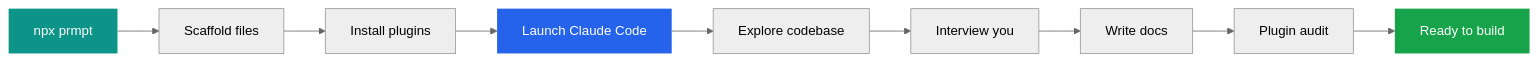
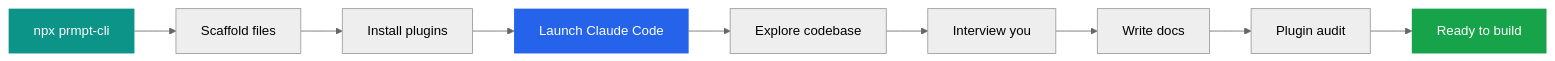
One commit to jaqubowsky/prmpt changed the first of 3 diagrams in README.md. Above: the diagram before and after it, drawn with Mermaid (neutral theme). The commit also changed other lines of this file and 2 other files, not shown here.

Commit message:
docs: update all references to npx prmpt-cli

````diff
--- a/README.md
+++ b/README.md
@@ -34,15 +33,15 @@
 ```mermaid
 graph LR
-    A[npx prmpt] --> B[Scaffold files]
+    A[npx prmpt-cli] --> B[Scaffold files]
     B --> C[Install plugins]
     C --> D[Launch Claude Code]
     D --> E[Explore codebase]
     E --> F[Interview you]
     F --> G[Write docs]
     G --> H[Plugin audit]
     H --> I[Ready to build]
 
     style A fill:#0d9488,color:#fff,stroke:none
     style D fill:#2563eb,color:#fff,stroke:none
     style I fill:#16a34a,color:#fff,stroke:none
 ```
````
